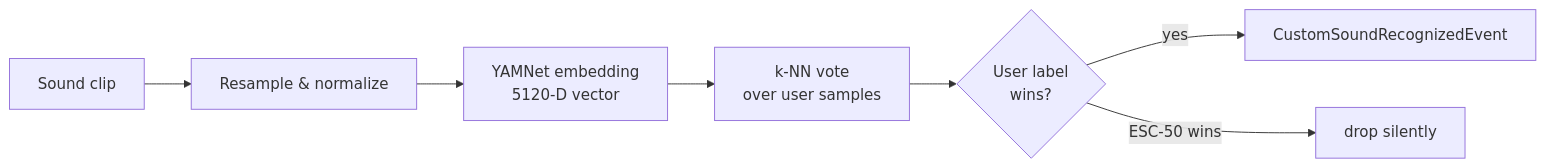
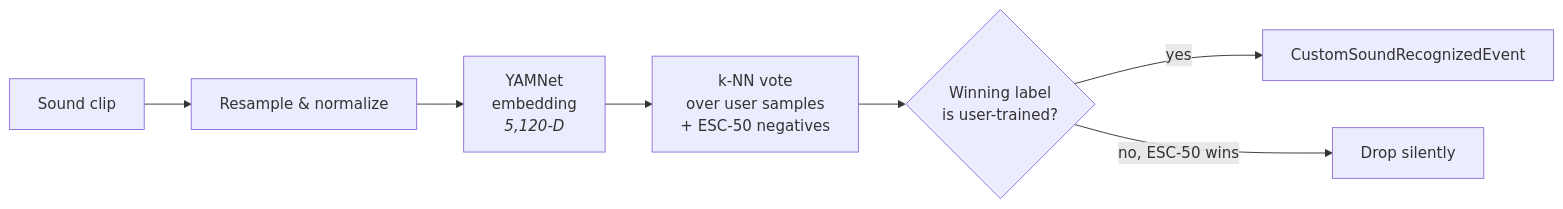
The fifth of 7 diagrams in docs/developer/features/command_flow.rst (rick12000/vocalance), drawn with Mermaid before and after one commit. The commit also changed other lines of this file and 12 other files, not shown here.

```diff
--- a/docs/developer/features/command_flow.rst
+++ b/docs/developer/features/command_flow.rst
@@ -156,9 +187,9 @@
 .. mermaid::
 
    flowchart LR
        Clip[Sound clip] --> Pre[Resample &amp; normalize]
-       Pre --> Emb[YAMNet embedding<br/>5120-D vector]
-       Emb --> KNN[k-NN vote<br/>over user samples]
-       KNN --> Gate{User label<br/>wins?}
+       Pre --> Emb[YAMNet<br/>embedding<br/><i>5,120-D</i>]
+       Emb --> KNN[k-NN vote<br/>over user samples<br/>+ ESC-50 negatives]
+       KNN --> Gate{Winning label<br/>is user-trained?}
        Gate -->|yes| Pub[CustomSoundRecognizedEvent]
-       Gate -->|ESC-50 wins| Drop[drop silently]
+       Gate -->|no, ESC-50 wins| Drop[Drop silently]
```
